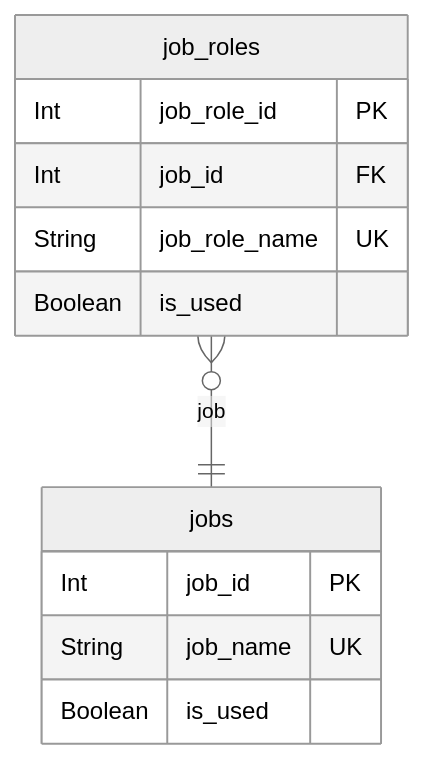
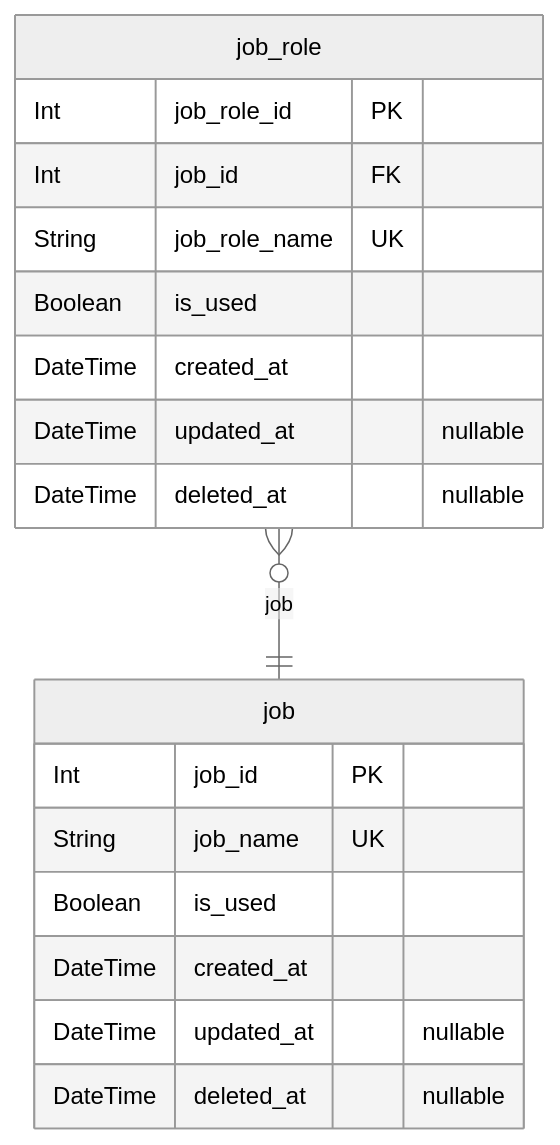
Before and after one commit to 723poil/nestjs-fastify-practice: the first of 4 diagrams in prisma/ERD.md, drawn with Mermaid (neutral theme). The commit also changed other lines of this file and 6 other files, not shown here.

Commit message:
update erd

````diff
--- a/prisma/ERD.md
+++ b/prisma/ERD.md
@@ -12,15 +12,21 @@
 ```mermaid
 erDiagram
-"jobs" {
+"job" {
   Int job_id PK
   String job_name UK
   Boolean is_used
+  DateTime created_at
+  DateTime updated_at "nullable"
+  DateTime deleted_at "nullable"
 }
-"job_roles" {
+"job_role" {
   Int job_role_id PK
   Int job_id FK
   String job_role_name UK
   Boolean is_used
+  DateTime created_at
+  DateTime updated_at "nullable"
+  DateTime deleted_at "nullable"
 }
-"job_roles" }o--|| "jobs" : job
+"job_role" }o--|| "job" : job
 ```
````
